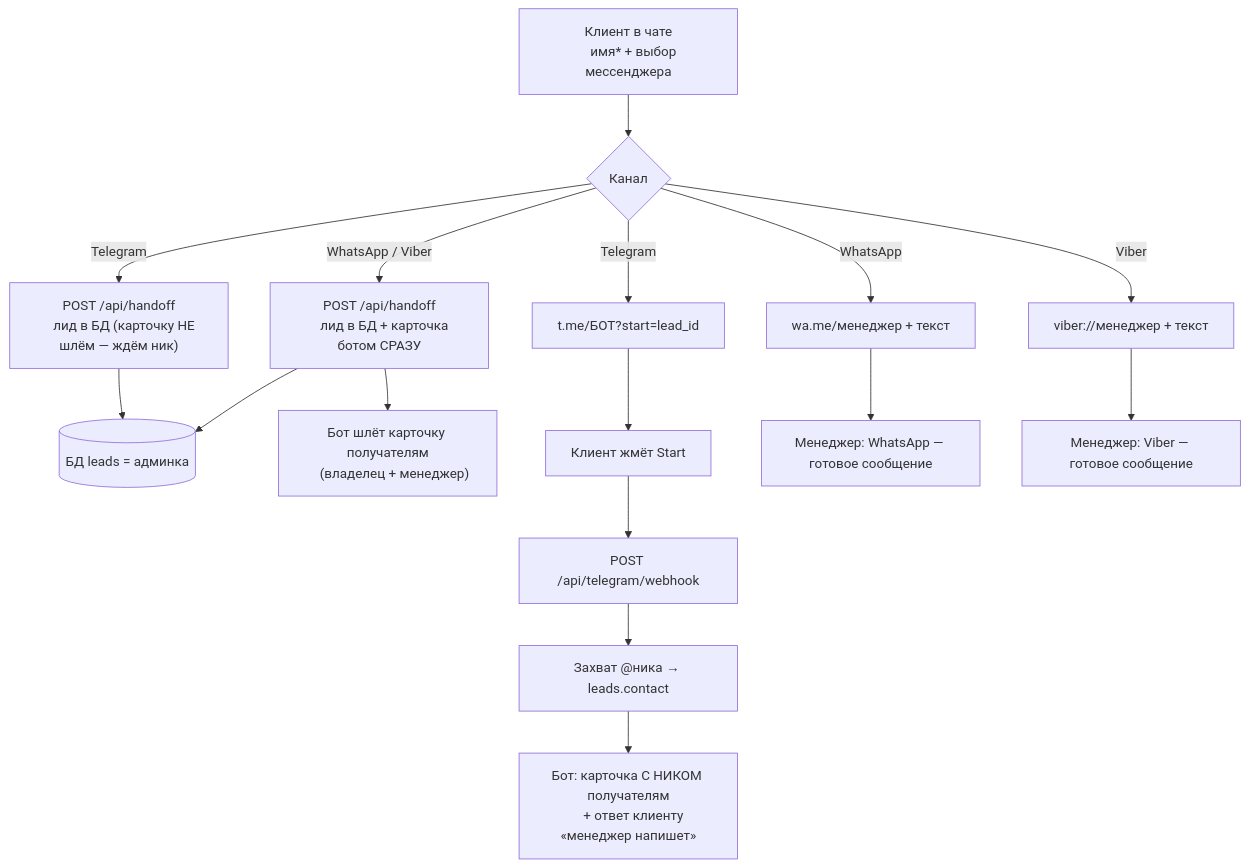
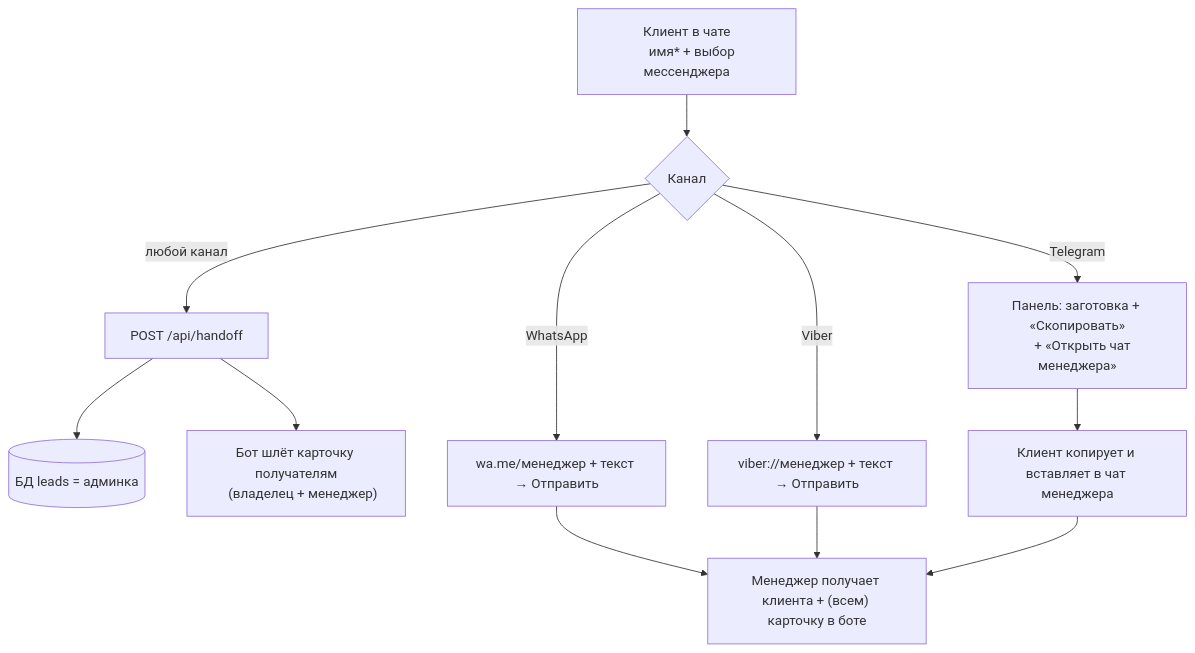
The diagram in docs/architecture/lead-flow.md (Malashkin/segurotenerife), drawn with Mermaid before and after one commit. The commit also changed other lines of this file and 13 other files, not shown here.

````diff
--- a/docs/architecture/lead-flow.md
+++ b/docs/architecture/lead-flow.md
@@ -30,28 +27,21 @@
 ```mermaid
 flowchart TD
     U["Клиент в чате
     имя* + выбор мессенджера"] --> H{Канал}
 
-    H -->|WhatsApp / Viber| API["POST /api/handoff
-    лид в БД + карточка ботом СРАЗУ"]
-    H -->|Telegram| API2["POST /api/handoff
-    лид в БД (карточку НЕ шлём — ждём ник)"]
-
+    H -->|любой канал| API["POST /api/handoff"]
     API --> DB[("БД leads = админка")]
-    API2 --> DB
     API --> BOT["Бот шлёт карточку получателям
     (владелец + менеджер)"]
 
-    H -->|WhatsApp| WA["wa.me/менеджер + текст"]
-    H -->|Viber| VB["viber://менеджер + текст"]
-    H -->|Telegram| TG["t.me/БОТ?start=lead_id"]
+    H -->|WhatsApp| WA["wa.me/менеджер + текст → Отправить"]
+    H -->|Viber| VB["viber://менеджер + текст → Отправить"]
+    H -->|Telegram| TG["Панель: заготовка + «Скопировать»
+    + «Открыть чат менеджера»"]
 
-    TG --> START["Клиент жмёт Start"]
-    START --> WH["POST /api/telegram/webhook"]
-    WH --> NICK["Захват @ника → leads.contact"]
-    NICK --> BOT2["Бот: карточка С НИКОМ получателям
-    + ответ клиенту «менеджер напишет»"]
+    TG --> COPY["Клиент копирует и вставляет в чат менеджера"]
 
-    WA --> MGRWA["Менеджер: WhatsApp — готовое сообщение"]
-    VB --> MGRVB["Менеджер: Viber — готовое сообщение"]
+    WA --> MGR["Менеджер получает клиента + (всем) карточку в боте"]
+    VB --> MGR
+    COPY --> MGR
 ```
````
